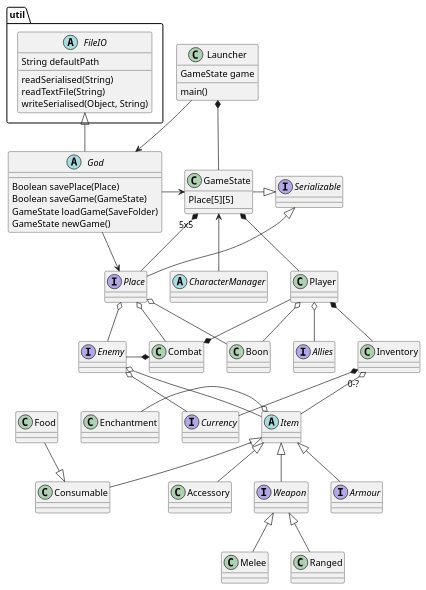
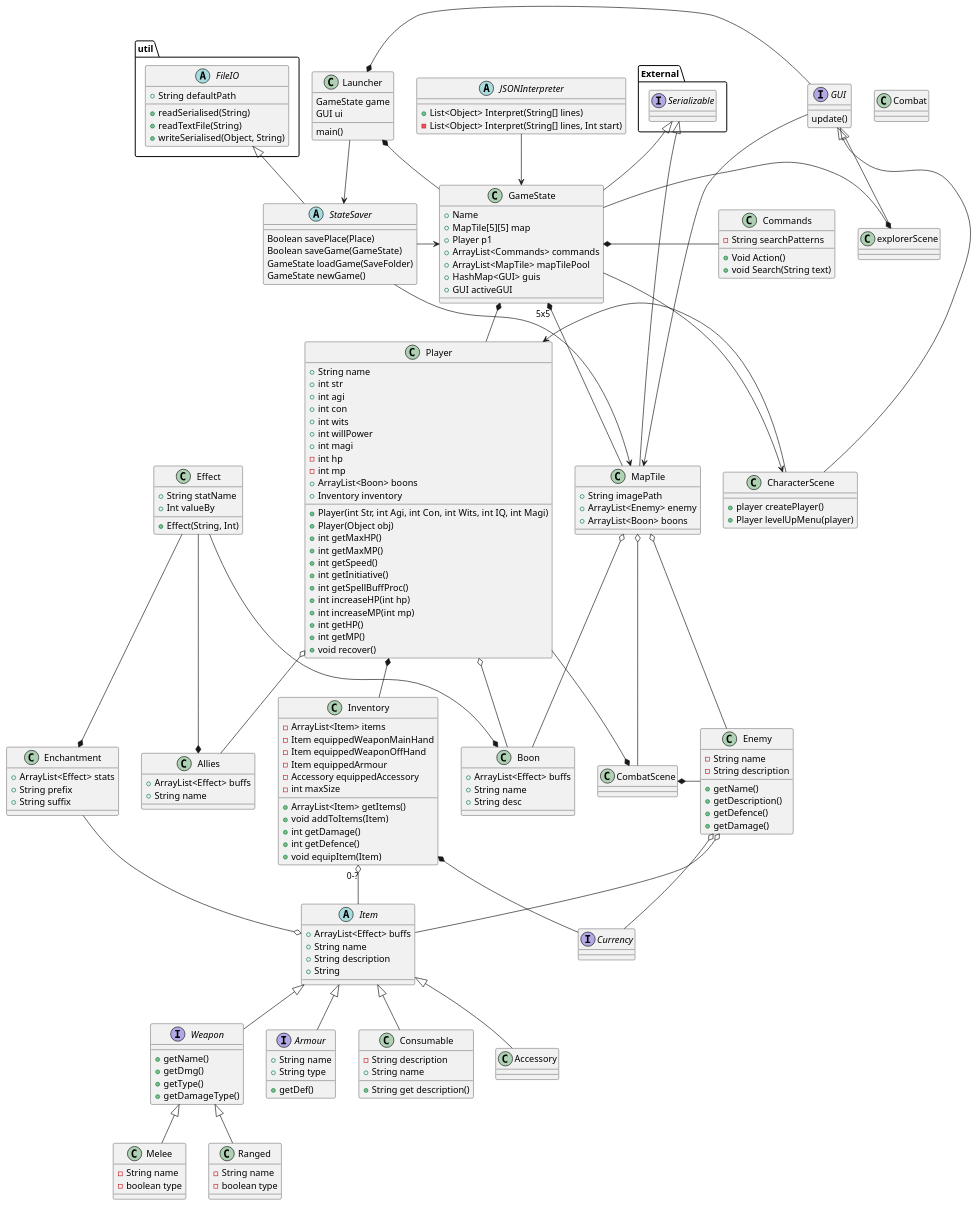
Before and after one commit to SirRolin/Philoshopers-ICE: the diagram in Documentation/klassediagram.puml, drawn with PlantUML.

Commit message:
First Iteration of class Diagram

```diff
--- a/Documentation/klassediagram.puml
+++ b/Documentation/klassediagram.puml
@@ -1,111 +1,189 @@
 @startuml
 'https://plantuml.com/class-diagram
 
 class Launcher {
     main()
     GameState game
+    GUI ui
 }
-class GameState {
-    Place[5][5]
+interface GUI {
+    update()
 }
-abstract class God {
+class explorerScene extends GUI {
+
+}
+class CharacterScene extends GUI{
+    + player createPlayer()
+    + Player levelUpMenu(player)
+
+}
+abstract class StateSaver Extends util.FileIO {
     Boolean savePlace(Place)
     Boolean saveGame(GameState)
     GameState loadGame(SaveFolder)
     GameState newGame()
 }
 abstract class util.FileIO {
-    String defaultPath
-    readSerialised(String)
-    readTextFile(String)
-    writeSerialised(Object, String)
+    + String defaultPath
+    + readSerialised(String)
+    + readTextFile(String)
+    + writeSerialised(Object, String)
 }
-abstract class CharacterManager {
-
+class GameState extends External.Serializable{
+    + Name
+    + MapTile[5][5] map
+    + Player p1
+    + ArrayList<Commands> commands
+    + ArrayList<MapTile> mapTilePool
+    + HashMap<GUI> guis
+    + GUI activeGUI
+}
+abstract class JSONInterpreter {
+    + List<Object> Interpret(String[] lines)
+    - List<Object> Interpret(String[] lines, Int start)
+}
+class Commands {
+    - String searchPatterns
+    + Void Action()
+    + void Search(String text)
 }
 class Player {
-
+    + Player(int Str, int Agi, int Con, int Wits, int IQ, int Magi)
+    + Player(Object obj)
+    + String name
+    + int str
+    + int agi
+    + int con
+    + int wits
+    + int willPower
+    + int magi
+    - int hp
+    - int mp
+    + int getMaxHP()
+    + int getMaxMP()
+    + int getSpeed()
+    + ArrayList<Boon> boons
+    + Inventory inventory
+    + int getInitiative()
+    + int getSpellBuffProc()
+    + int increaseHP(int hp)
+    + int increaseMP(int mp)
+    + int getHP()
+    + int getMP()
+    + void recover()
 }
-Interface Allies {
-
+class Effect{
+    + String statName
+    + Int valueBy
+    + Effect(String, Int)
+}
+class Allies {
+    + ArrayList<Effect> buffs
+    + String name
 }
 class Inventory {
-
+    - ArrayList<Item> items
+    - Item equippedWeaponMainHand
+    - Item equippedWeaponOffHand
+    - Item equippedArmour
+    - Accessory equippedAccessory
+    - int maxSize
+    + ArrayList<Item> getItems()
+    + void addToItems(Item)
+    + int getDamage()
+    + int getDefence()
+    + void equipItem(Item)
 }
-Interface Place {
-
+class MapTile extends External.Serializable {
+    + String imagePath
+    + ArrayList<Enemy> enemy
+    + ArrayList<Boon> boons
 }
-Abstract Class Item{
-
+abstract class Item{
+    + ArrayList<Effect> buffs
+    + String name
+    + String description
+    + String
 }
-interface Weapon{
-
+interface Weapon extends Item{
+    +getName()
+    +getDmg()
+    +getType()
+    +getDamageType()
 }
-class Melee{
-
+class Melee extends Weapon{
+    - String name
+    - boolean type
 }
-class Ranged{
-
+class Ranged extends Weapon{
+    - String name
+    - boolean type
 }
-interface Armour{
-
+interface Armour extends Item{
+    + String name
+    + String type
+    + getDef()
 }
-class Consumable{
-
+class Consumable extends Item{
+    - String description
+    + String get description()
+    + String name
 }
-class Accessory{
-
+class Accessory extends Item{
 }
 class Enchantment{
-
+    + ArrayList<Effect> stats
+    + String prefix
+    + String suffix
 }
 interface Currency{
 
 }
-class Food {
-
-}
-interface Enemy{
-
+class Enemy{
+    - String name
+    - String description
+    + getName()
+    + getDescription()
+    + getDefence()
+    + getDamage()
 }
 class Combat {
 
 }
 class Boon {
-
+    + ArrayList<Effect> buffs
+    + String name
+    + String desc
 }
-interface Serializable {
-}
-Launcher --> God
+interface External.Serializable
+Launcher --> StateSaver
 Launcher *-- GameState
-util.FileIO <|-- God
-God -> Place
-God -> GameState
-GameState <-- CharacterManager
+Launcher *- GUI
+GUI -> MapTile
+StateSaver -> MapTile
+StateSaver -> GameState
+GameState --> CharacterScene
+GameState -* explorerScene
+JSONInterpreter --> GameState
+Player <- CharacterScene
 GameState *-- Player
+GameState *- Commands
 Player o-- Allies
 Player *-- Inventory
-GameState "5x5" *-- Place
+GameState "5x5" *-- MapTile
 Inventory "0-?" o-- Item
-Item <|-- Weapon
-Weapon <|-- Melee
-Weapon <|-- Ranged
-Item <|-- Armour
-Item <|-- Consumable
-Item <|-- Accessory
-Food --|> Consumable
 Enchantment -o Item
+Effect --* Enchantment
+Effect --* Allies
+Effect --* Boon
 Inventory *- Currency
 Enemy o-- Currency
 Enemy o- Item
-Place o-- Enemy
-Serializable <|- Place
-GameState -|> Serializable
-'GameState <-- Combat
-Place o-- Combat
-Player -* Combat
-Combat *- Enemy
+MapTile o-- Enemy
+MapTile o-- CombatScene
+Player -* CombatScene
+CombatScene *- Enemy
 Player o-- Boon
-Place o-- Boon
+MapTile o-- Boon
 
 @enduml
```
